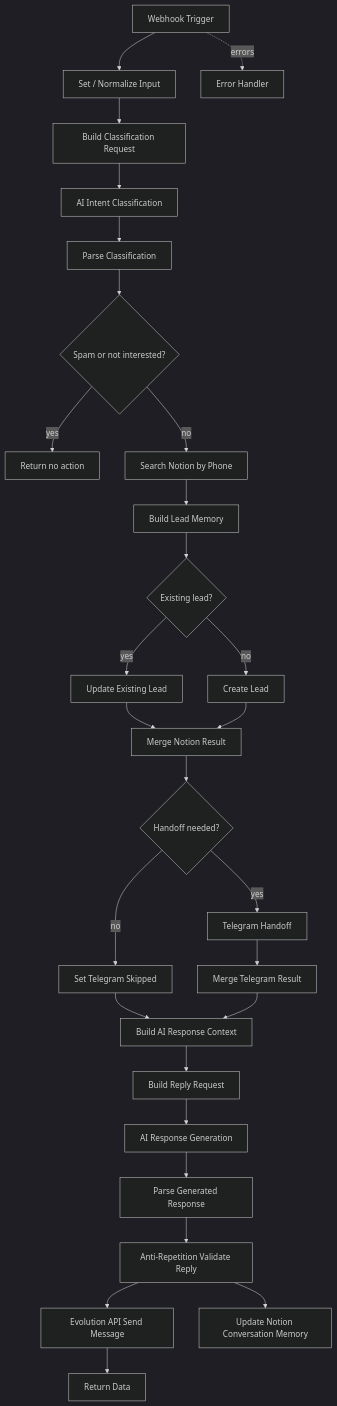
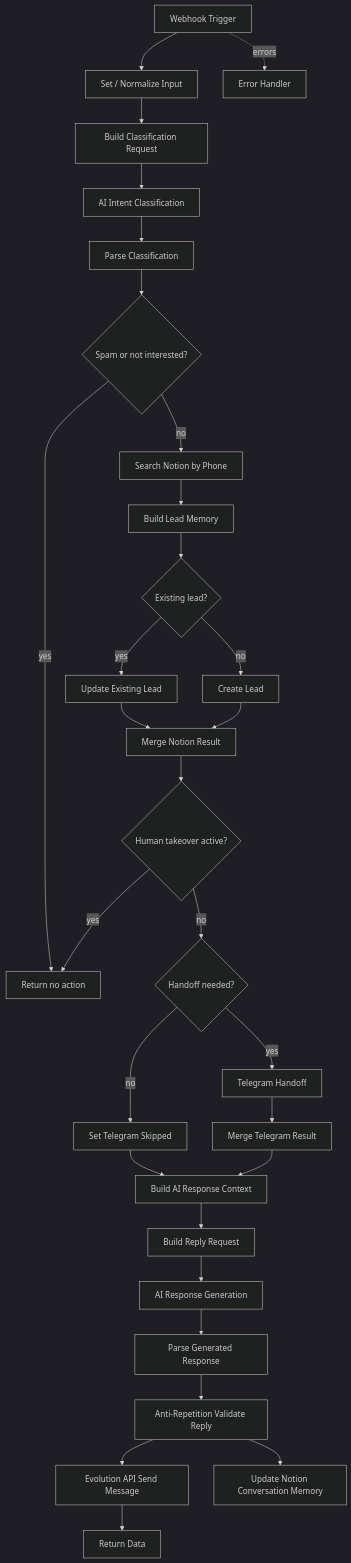
The diagram in docs/n8n/whatsapp_buffered_inbound_workflow.md (nicolasvargaszz/bot), drawn with Mermaid (dark theme) before and after one commit. The commit also changed other lines of this file and 3 other files, not shown here.

First line of the commit message:
feat(n8n): human takeover pause via a Notion checkbox

````diff
--- a/docs/n8n/whatsapp_buffered_inbound_workflow.md
+++ b/docs/n8n/whatsapp_buffered_inbound_workflow.md
@@ -15,30 +15,32 @@
 ```mermaid
 flowchart TD
     A[Webhook Trigger] --> B[Set / Normalize Input]
     B --> B2[Build Classification Request]
     B2 --> C[AI Intent Classification]
     C --> D[Parse Classification]
     D --> E{Spam or not interested?}
     E -- yes --> F[Return no action]
     E -- no --> G[Search Notion by Phone]
     G --> H[Build Lead Memory]
     H --> I{Existing lead?}
     I -- yes --> J[Update Existing Lead]
     I -- no --> K[Create Lead]
     J --> L[Merge Notion Result]
     K --> L
-    L --> M{Handoff needed?}
+    L --> L2{Human takeover active?}
+    L2 -- yes --> F
+    L2 -- no --> M{Handoff needed?}
     M -- yes --> N[Telegram Handoff]
     M -- no --> O[Set Telegram Skipped]
     N --> P[Merge Telegram Result]
     O --> Q[Build AI Response Context]
     P --> Q
     Q --> Q2[Build Reply Request]
     Q2 --> R[AI Response Generation]
     R --> S[Parse Generated Response]
     S --> T[Anti-Repetition Validate Reply]
     T --> U[Evolution API Send Message]
     T --> V[Update Notion Conversation Memory]
     U --> W[Return Data]
     A -. errors .-> X[Error Handler]
 ```
````
